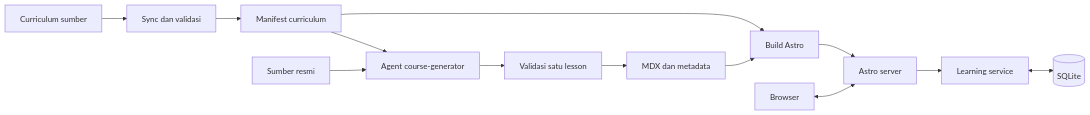
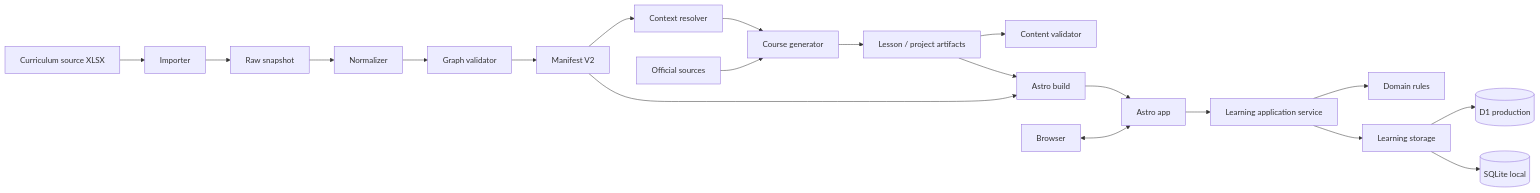
Before and after one commit to howlil/cs-101: the diagram in .agents/engineering-design.md, drawn with Mermaid. The commit also changed other lines of this file and 1 other file, not shown here.

Commit message:
docs: redesign CS-101 around curriculum graph

````diff
--- a/.agents/engineering-design.md
+++ b/.agents/engineering-design.md
@@ -9,15 +11,25 @@
 ```mermaid
 flowchart LR
-  C[Curriculum sumber] --> S[Sync dan validasi]
-  S --> M[Manifest curriculum]
-  M --> G[Agent course-generator]
-  R[Sumber resmi] --> G
-  G --> V[Validasi satu lesson]
-  V --> L[MDX dan metadata]
-  M --> B[Build Astro]
+  X[Curriculum source XLSX] --> I[Importer]
+  I --> R[Raw snapshot]
+  R --> N[Normalizer]
+  N --> V[Graph validator]
+  V --> M[Manifest V2]
+
+  M --> C[Context resolver]
+  C --> G[Course generator]
+  S[Official sources] --> G
+  G --> L[Lesson / project artifacts]
+  L --> CV[Content validator]
+
+  M --> B[Astro build]
   L --> B
-  B --> A[Astro server]
+  B --> A[Astro app]
+
   U[Browser] <--> A
-  A --> D[Learning service]
-  D <--> Q[(SQLite)]
+  A --> LS[Learning application service]
+  LS --> D[Domain rules]
+  LS --> P[Learning storage]
+  P --> Q1[(D1 production)]
+  P --> Q2[(SQLite local)]
 ```
````
